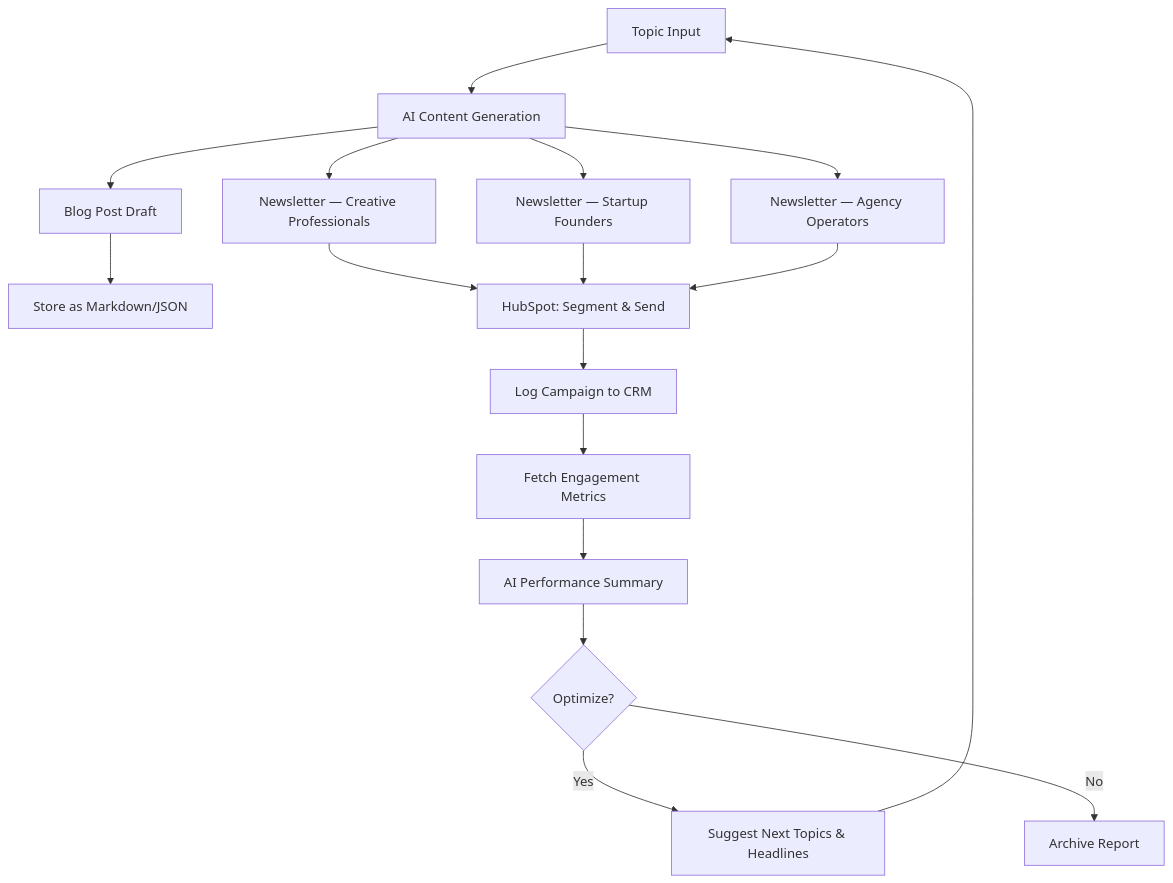
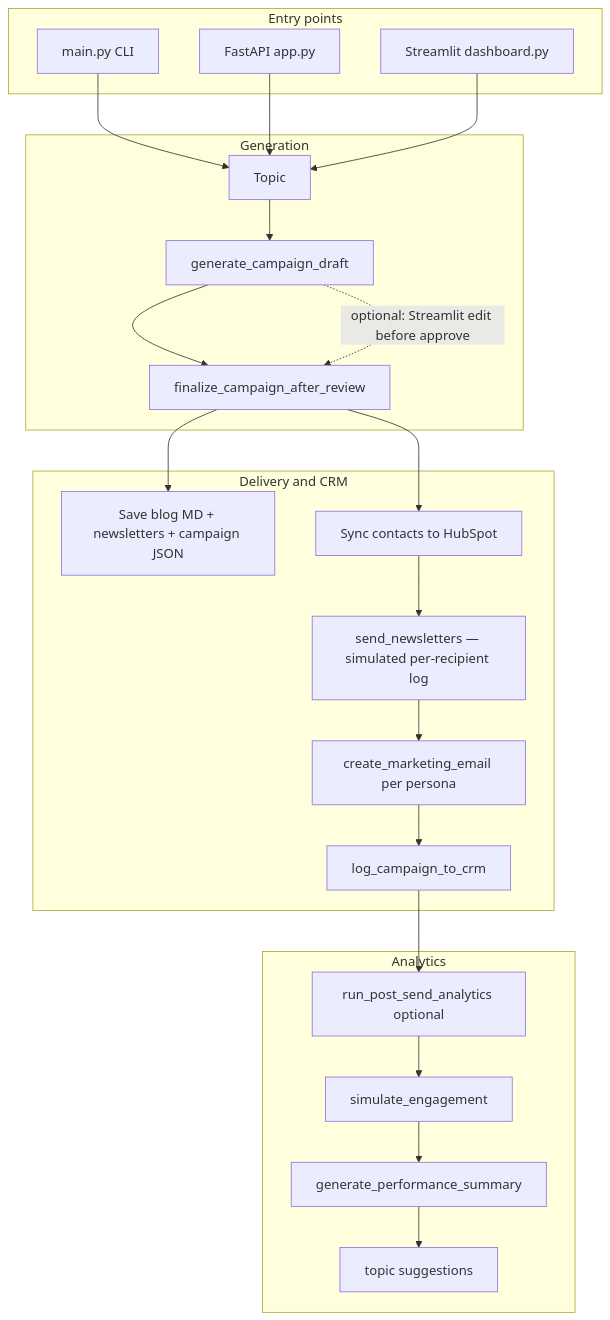
One commit to trinhthucle17/novamind changed the diagram in README.md. Above: the diagram before and after it, drawn with Mermaid. The commit also changed other lines of this file and 22 other files, not shown here.

First line of the commit message:
Docs and pipeline updates: README, analytics, topic recommendations

````diff
--- a/README.md
+++ b/README.md
@@ -53,21 +28,33 @@
 ```mermaid
 flowchart TD
-    A[Topic Input] --> B[AI Content Generation]
-    B --> C[Blog Post Draft]
-    B --> D[Newsletter — Creative Professionals]
-    B --> E[Newsletter — Startup Founders]
-    B --> F[Newsletter — Agency Operators]
+    subgraph inputs [Entry points]
+        CLI[main.py CLI]
+        API[FastAPI app.py]
+        UI[Streamlit dashboard.py]
+    end
 
-    C --> G[Store as Markdown/JSON]
-    D --> H[HubSpot: Segment & Send]
-    E --> H
-    F --> H
+    subgraph gen [Generation]
+        T[Topic] --> Draft[generate_campaign_draft]
+        Draft --> Final[finalize_campaign_after_review]
+        Draft -.->|optional: Streamlit edit before approve| Final
+    end
 
-    H --> I[Log Campaign to CRM]
-    I --> J[Fetch Engagement Metrics]
-    J --> K[AI Performance Summary]
-    K --> L{Optimize?}
-    L -->|Yes| M[Suggest Next Topics & Headlines]
-    M --> A
-    L -->|No| N[Archive Report]
+    subgraph delivery [Delivery and CRM]
+        Final --> Files[Save blog MD + newsletters + campaign JSON]
+        Final --> HS_Sync[Sync contacts to HubSpot]
+        HS_Sync --> Dist[send_newsletters — simulated per-recipient log]
+        Dist --> HS_Email[create_marketing_email per persona]
+        HS_Email --> Note[log_campaign_to_crm]
+    end
+
+    subgraph analytics [Analytics]
+        Note --> Post[run_post_send_analytics optional]
+        Post --> Sim[simulate_engagement]
+        Sim --> Sum[generate_performance_summary]
+        Sum --> Topics[topic suggestions]
+    end
+
+    CLI --> T
+    API --> T
+    UI --> T
 ```
````
